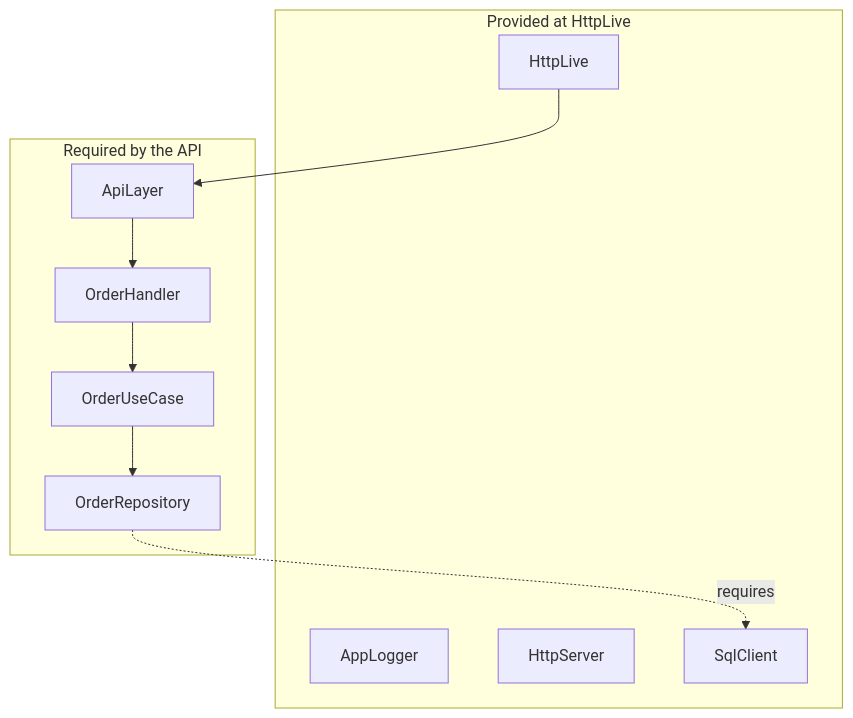
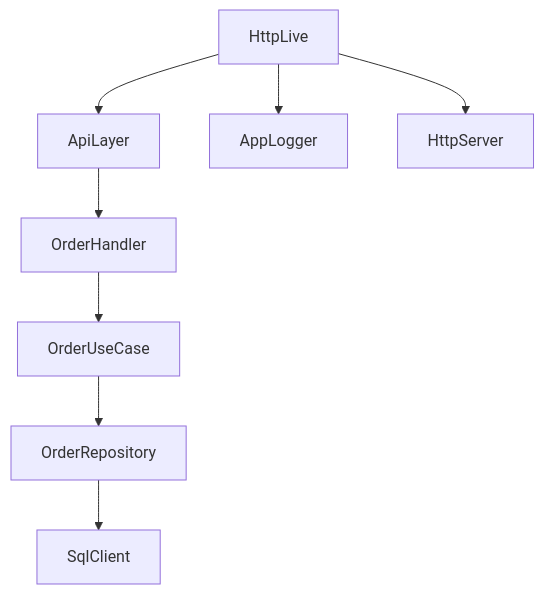
Before and after one commit to derangga/laundry-app: the second of 3 diagrams in docs/presentation.md, drawn with Mermaid.

Commit message:
chore: change layer composition design

````diff
--- a/docs/presentation.md
+++ b/docs/presentation.md
@@ -171,14 +171,10 @@
 ```mermaid +render
 graph TD
-  subgraph "Provided at HttpLive"
-    A[HttpLive]
-    G[AppLogger]
-    H[HttpServer]
-    F[SqlClient]
-  end
-  subgraph "Required by the API"
-    B[ApiLayer] --> C[OrderHandler] --> D[OrderUseCase] --> E[OrderRepository]
-  end
-  A --> B
-  E -.requires.-> F
+  A[HttpLive] --> B[ApiLayer]
+  A --> G[AppLogger]
+  A --> H[HttpServer]
+  B --> C[OrderHandler]
+  C --> D[OrderUseCase]
+  D --> E[OrderRepository]
+  E --> F[SqlClient]
 ```
````
